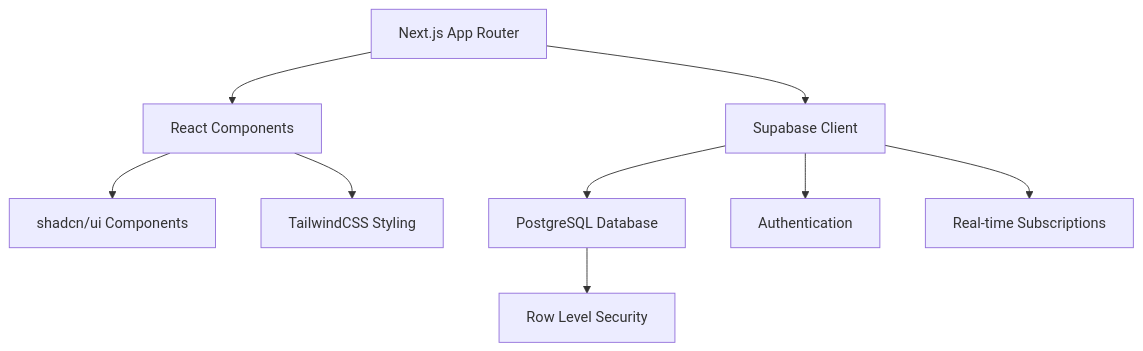
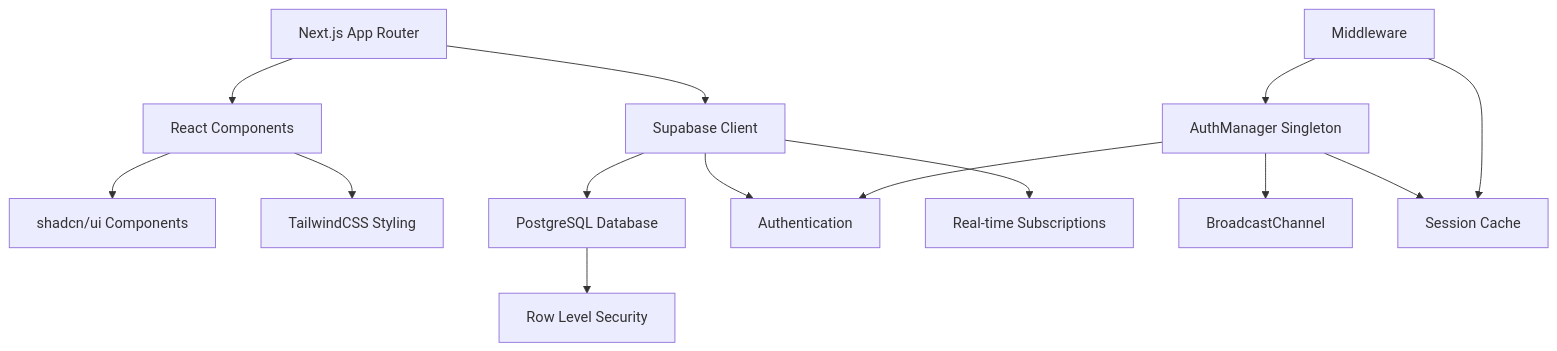
The first of 6 diagrams in README.md (devchemical/CarCare), drawn with Mermaid before and after one commit. The commit also changed other lines of this file and 10 other files, not shown here.

First line of the commit message:
feat(auth): implement Auth v2.0 - event-driven system with AuthManager singleton

````diff
--- a/README.md
+++ b/README.md
@@ -140,11 +156,17 @@
 ```mermaid
 graph TD
     A[Next.js App Router] --> B[React Components]
     B --> C[shadcn/ui Components]
     B --> D[TailwindCSS Styling]
     A --> E[Supabase Client]
     E --> F[PostgreSQL Database]
     E --> G[Authentication]
     E --> H[Real-time Subscriptions]
     F --> I[Row Level Security]
+    
+    J[AuthManager Singleton] --> G
+    J --> K[BroadcastChannel]
+    J --> L[Session Cache]
+    M[Middleware] --> J
+    M --> L
 ```
````
